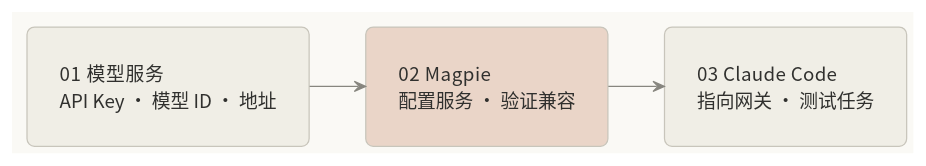
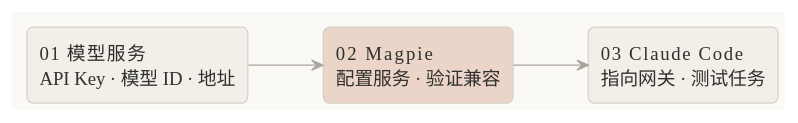
Before and after one commit to i-zrhe2016/blog.zrhe2016.cc: the fifth of 5 diagrams in src/content/posts/magpie-deepseek-4-1-claude-code.md, drawn with PlantUML. The commit also changed other lines of this file and 5 other files, not shown here.

Commit message:
docs: refine Magpie article diagrams (clean sequence flow, no render warnings)

````diff
--- a/src/content/posts/magpie-deepseek-4-1-claude-code.md
+++ b/src/content/posts/magpie-deepseek-4-1-claude-code.md
@@ -192,29 +192,26 @@
 ```plantuml
 @startuml
 !theme plain
 skinparam backgroundColor #FAF9F5
-skinparam defaultFontName "Noto Sans CJK SC"
+skinparam defaultFontName "Microsoft YaHei"
 skinparam defaultFontSize 15
 skinparam defaultFontColor #30302E
 skinparam shadowing false
-skinparam roundCorner 12
-skinparam padding 16
-skinparam nodesep 40
-skinparam ranksep 45
-skinparam ArrowColor #87867F
+skinparam roundCorner 10
+skinparam ArrowColor #A8A69D
 skinparam ArrowThickness 1
-skinparam rectangle {
-  BackgroundColor #F0EEE6
-  BorderColor #C8C5BB
-  BorderThickness 1
-}
+skinparam rectangleBackgroundColor #F1EFE7
+skinparam rectangleBorderColor #D6D2C6
+skinparam rectangleBorderThickness 1
+skinparam rectanglePadding 14
 hide stereotype
 left to right direction
 
 rectangle "01  模型服务\nAPI Key · 模型 ID · 地址" as A
 rectangle "02  Magpie\n配置服务 · 验证兼容" as B #EAD5C8
 rectangle "03  Claude Code\n指向网关 · 测试任务" as C
+
 A --> B
 B --> C
 @enduml
 ```
````
